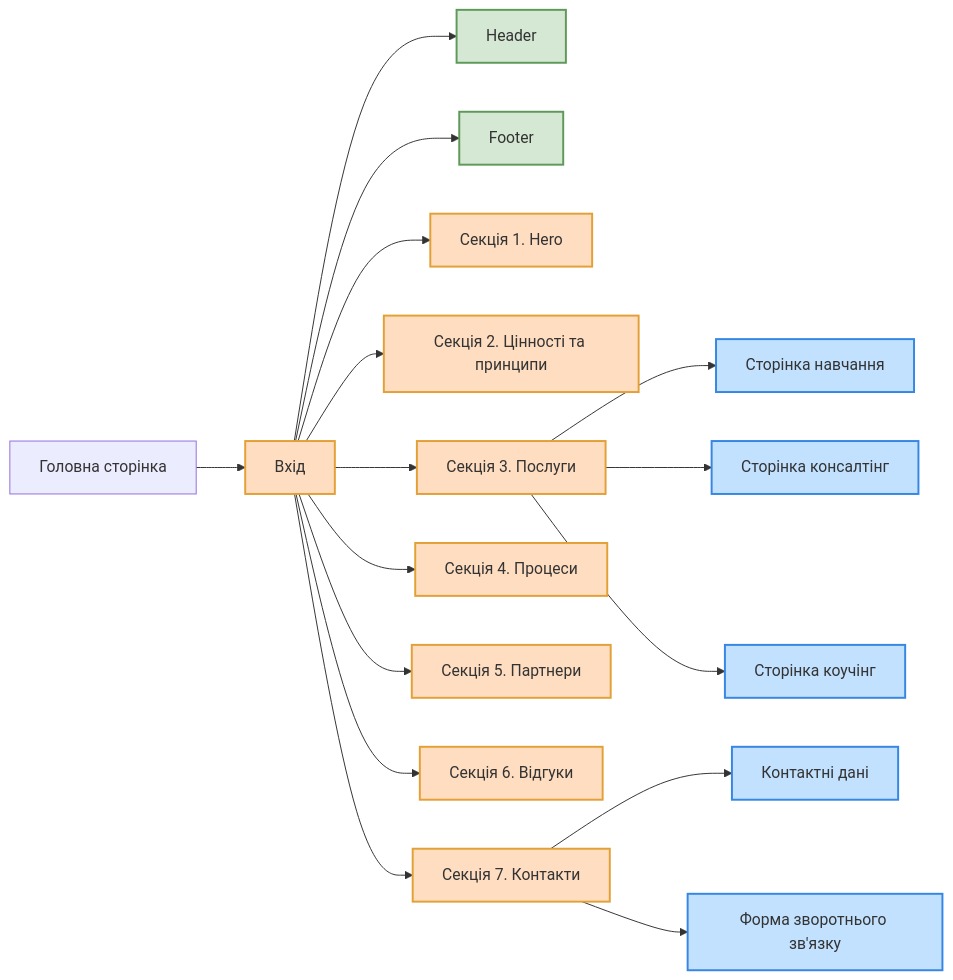
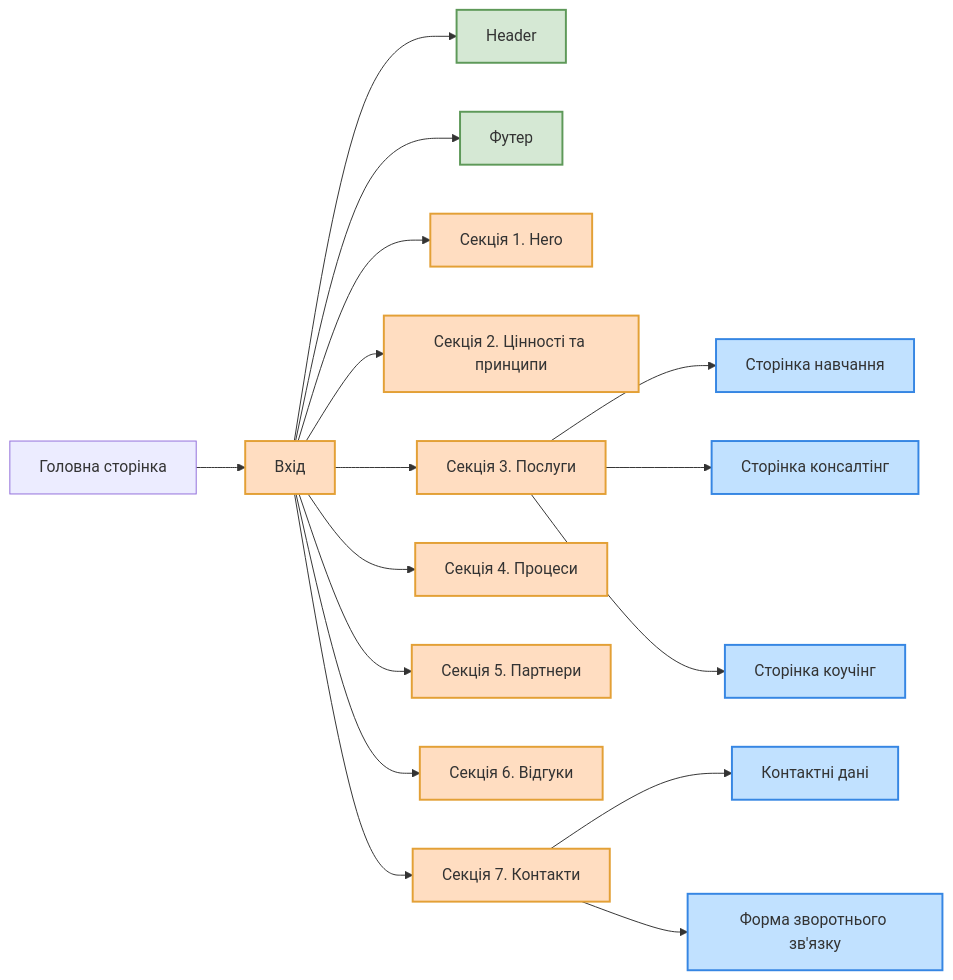
Before and after one commit to sergio-nezhigay/carptravel: the diagram in README.md, drawn with Mermaid.

Commit message:
аа

````diff
--- a/README.md
+++ b/README.md
@@ -57,43 +57,43 @@
 ```mermaid
 graph LR
 
   %% Хедер і футер
   style B fill:#D5E8D4, stroke:#5E9959, stroke-width:2px;
   style L fill:#D5E8D4, stroke:#5E9959, stroke-width:2px;
 
   %% Секції
   style A fill:#FFDDC1, stroke:#E3A036, stroke-width:2px;
   style C fill:#FFDDC1, stroke:#E3A036, stroke-width:2px;
   style D fill:#FFDDC1, stroke:#E3A036, stroke-width:2px;
   style E fill:#FFDDC1, stroke:#E3A036, stroke-width:2px;
   style F fill:#FFDDC1, stroke:#E3A036, stroke-width:2px;
   style G fill:#FFDDC1, stroke:#E3A036, stroke-width:2px;
   style H fill:#FFDDC1, stroke:#E3A036, stroke-width:2px;
   style I fill:#FFDDC1, stroke:#E3A036, stroke-width:2px;
 
   %% Сторінки
   style N fill:#C1E1FF, stroke:#3686E3, stroke-width:2px;
   style O fill:#C1E1FF, stroke:#3686E3, stroke-width:2px;
   style P fill:#C1E1FF, stroke:#3686E3, stroke-width:2px;
   style R fill:#C1E1FF, stroke:#3686E3, stroke-width:2px;
   style S fill:#C1E1FF, stroke:#3686E3, stroke-width:2px;
 
   Z[Головна сторінка] --> A[Вхід]
   A --> B[Header]
   A --> C[Секція 1. Hero]
   A --> D[Секція 2. Цінності та принципи]
   A --> E[Секція 3. Послуги]
   A --> F[Секція 4. Процеси]
   A --> G[Секція 5. Партнери]
   A --> H[Секція 6. Відгуки]
   A --> I[Секція 7. Контакти]
-  A --> L[Footer]
+  A --> L[Футер]
   E --> N[Сторінка навчання]
   E --> O[Сторінка консалтінг]
   E --> P[Сторінка коучінг]
 
   I --> R[Контактні дані]
   I --> S[Форма зворотнього зв'язку]
 
 
 ```
````
